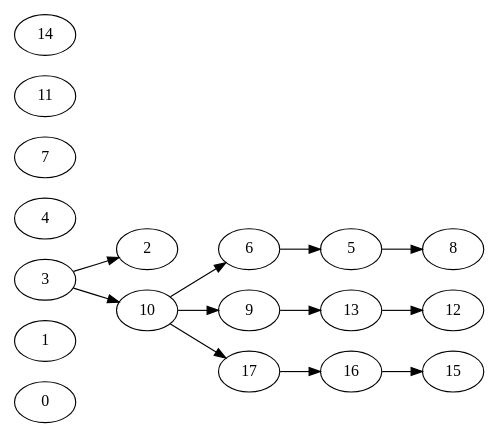
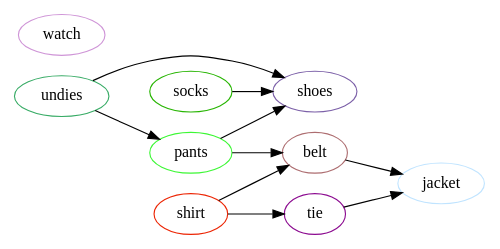
One commit to jairmj/complejidad-alg changed the diagram in Grafos/test.gv. Above: the diagram before and after it, drawn with Graphviz. The commit also changed 5 other files, not shown here.

```diff
--- a/Grafos/test.gv
+++ b/Grafos/test.gv
@@ -1,32 +1,21 @@
 digraph G {
 	rankdir=LR size=5
-	0
-	1
-	2
-	3
-	4
-	5
-	6
-	7
-	8
-	9
-	10
-	11
-	12
-	13
-	14
-	15
-	16
-	17
+	0 [label=undies color="#37AB65"]
+	1 [label=pants color="#3DF735"]
+	2 [label=belt color="#AD6D70"]
+	3 [label=shirt color="#EC2504"]
+	4 [label=tie color="#8C0B90"]
+	5 [label=jacket color="#C0E4FF"]
+	6 [label=socks color="#27B502"]
+	7 [label=shoes color="#7C60A8"]
+	8 [label=watch color="#CF95D7"]
+	0 -> 1
+	0 -> 7
+	1 -> 2
+	1 -> 7
+	2 -> 5
 	3 -> 2
-	6 -> 5
-	10 -> 6
-	5 -> 8
-	10 -> 9
-	3 -> 10
-	13 -> 12
-	9 -> 13
-	16 -> 15
-	17 -> 16
-	10 -> 17
+	3 -> 4
+	4 -> 5
+	6 -> 7
 }
```
